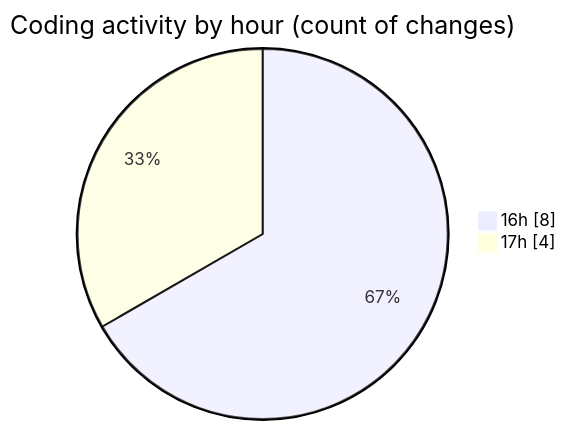
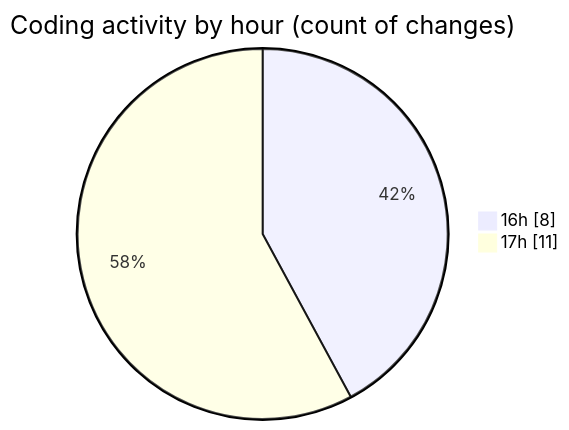
Before and after one commit to robertbonfada/code-tracking: the second of 2 diagrams in 2025-01-08/mbc-web/README.md, drawn with Mermaid. The commit also changed other lines of this file and 1 other file, not shown here.

````diff
--- a/2025-01-08/mbc-web/README.md
+++ b/2025-01-08/mbc-web/README.md
@@ -33,6 +36,6 @@
 ```mermaid
 pie showData
 title Coding activity by hour (count of changes)
 "16h" : 8
-"17h" : 4
+"17h" : 11
 ```
````
